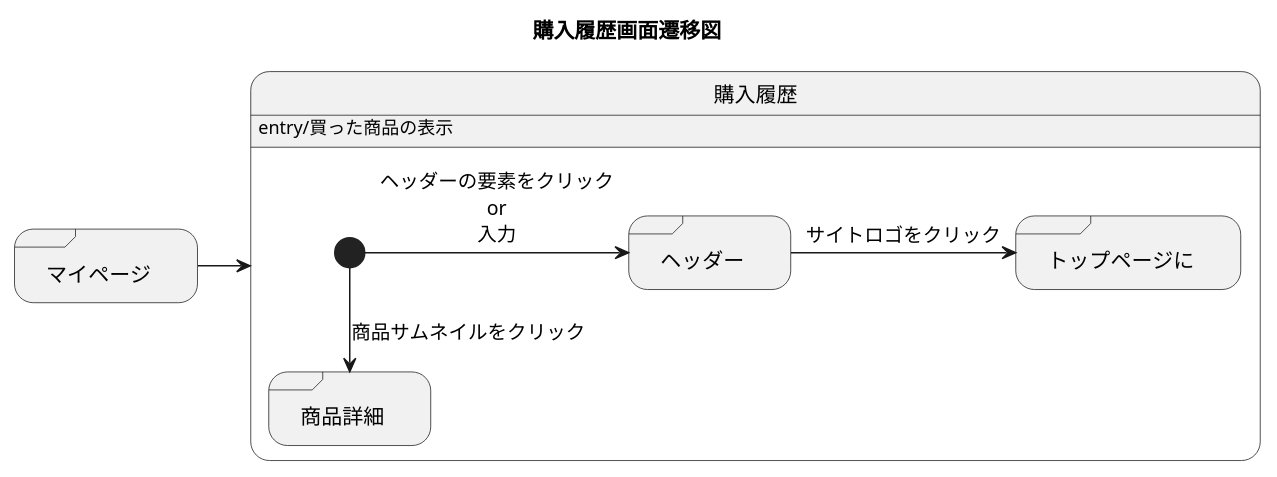
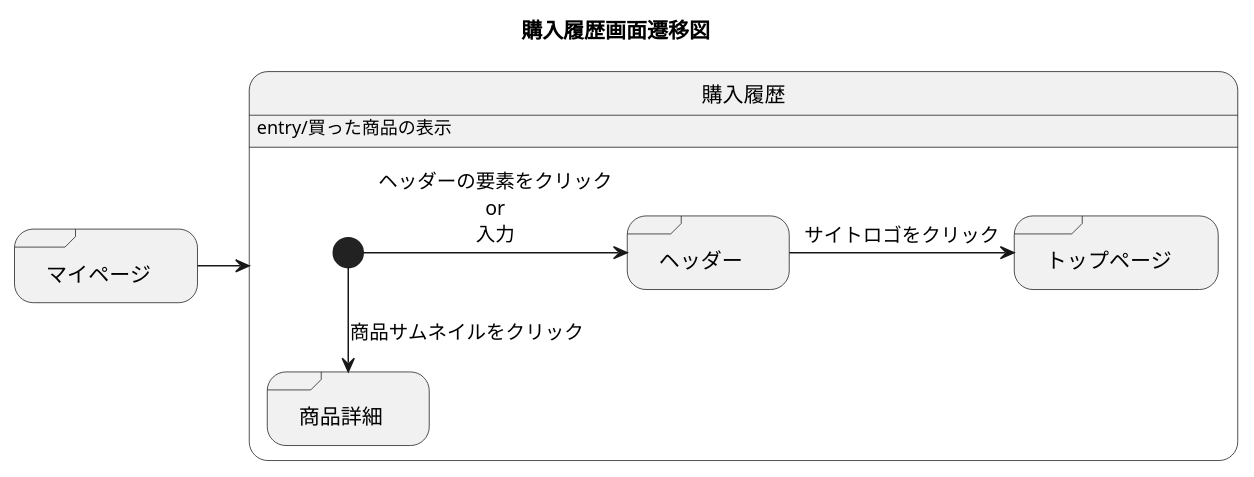
The diagram in 購入履歴.md (akutori/T-D-E), drawn with PlantUML before and after one commit.

Commit message:
修正

````diff
--- a/購入履歴.md
+++ b/購入履歴.md
@@ -1,18 +1,18 @@
 ```uml
 @startuml
 title 購入履歴画面遷移図
 state 購入履歴:entry/買った商品の表示
 state "マイページ" as mypage <<sdlreceive>>
 mypage -> 購入履歴
 state 購入履歴{
     state "ヘッダー" as headder<<sdlreceive>>
     state "商品詳細" as goodsdetail<<sdlreceive>>
-    state "トップページに" as main<<sdlreceive>>
+    state "トップページ" as main<<sdlreceive>>
     [*]->headder :ヘッダーの要素をクリック\nor\n入力
     [*]-->goodsdetail : 商品サムネイルをクリック
     headder -> main : サイトロゴをクリック
 }
 
 
 @enduml
 ```
````
